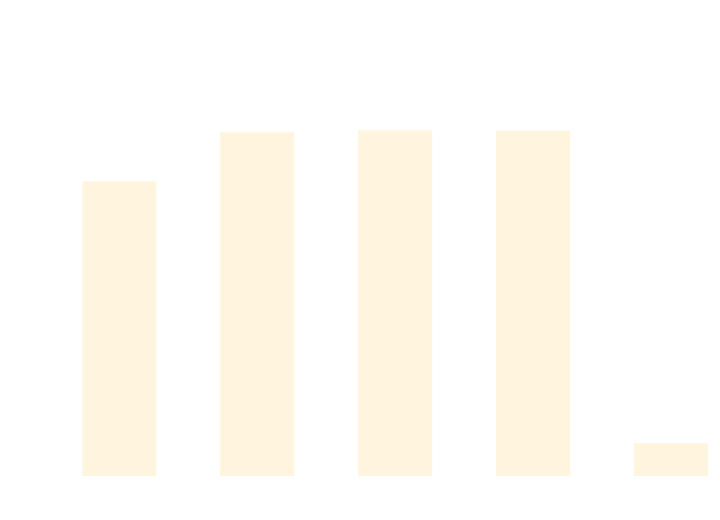
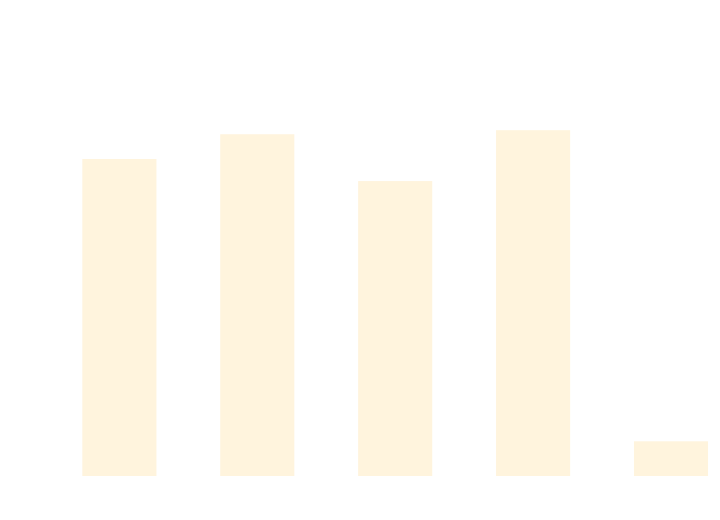
One commit to thomhurst/TUnit changed the diagram in docs/docs/benchmarks/ScaleTests.md. Above: the diagram before and after it, drawn with Mermaid. The commit also changed other lines of this file and 17 other files, not shown here.

````diff
--- a/docs/docs/benchmarks/ScaleTests.md
+++ b/docs/docs/benchmarks/ScaleTests.md
@@ -27,37 +27,37 @@
 ```mermaid
 %%{init: {
   'theme':'base',
   'themeVariables': {
     'primaryColor': '#2563eb',
     'primaryTextColor': '#ffffff',
     'primaryBorderColor': '#1e40af',
     'lineColor': '#6b7280',
     'secondaryColor': '#7c3aed',
     'tertiaryColor': '#dc2626',
     'background': '#ffffff',
     'mainBkg': '#2563eb',
     'secondBkg': '#7c3aed',
     'tertiaryBkg': '#dc2626',
     'clusterBkg': '#f3f4f6',
     'edgeLabelBackground': '#ffffff',
     'tertiaryTextColor': '#1f2937',
     'pie1': '#2563eb',
     'pie2': '#7c3aed',
     'pie3': '#dc2626',
     'pie4': '#f59e0b',
     'pie5': '#10b981',
     'pie6': '#06b6d4',
     'pie7': '#ec4899',
     'pie8': '#6366f1',
     'pie9': '#84cc16',
     'pie10': '#f97316',
     'pie11': '#14b8a6',
     'pie12': '#a855f7'
   }
 }}%%
 xychart-beta
   title "ScaleTests Performance Comparison"
   x-axis ["TUnit", "NUnit", "MSTest", "xUnit3", "TUnit_AOT"]
-  y-axis "Time (ms)" 0 --> 739
-  bar [522.37, 611.57, 615.51, 614.63, 43.96]
+  y-axis "Time (ms)" 0 --> 686
+  bar [522.58, 564.49, 485.17, 571.36, 44.39]
 ```
````
